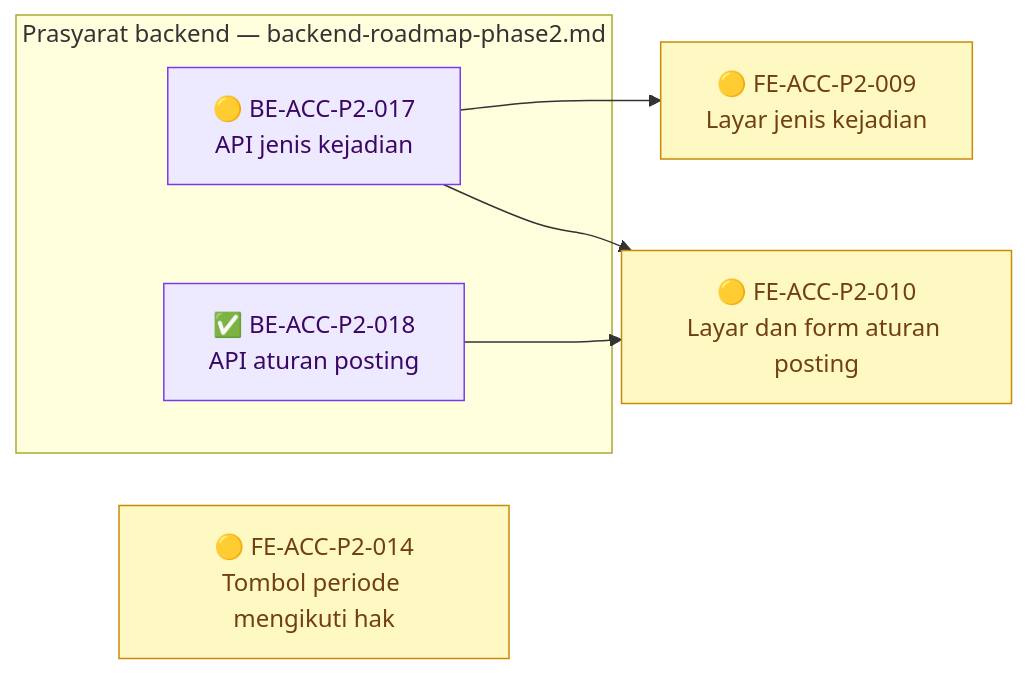
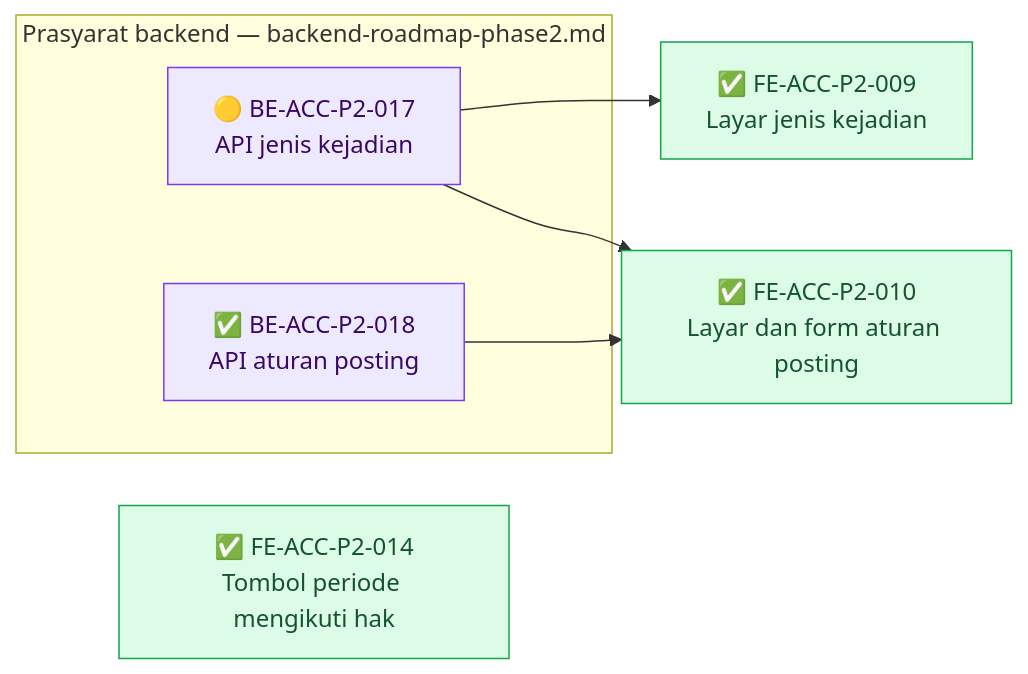
The fourth of 4 diagrams in docs/module-blueprints/accounting/roadmap/frontend-roadmap-phase2.md (DevBenari/NewQuilvianSystemBackend), drawn with Mermaid before and after one commit. The commit also changed other lines of this file and 8 other files, not shown here.

````diff
--- a/docs/module-blueprints/accounting/roadmap/frontend-roadmap-phase2.md
+++ b/docs/module-blueprints/accounting/roadmap/frontend-roadmap-phase2.md
@@ -135,21 +135,21 @@
 ```mermaid
 flowchart LR
     classDef selesai fill:#DCFCE7,stroke:#16A34A,color:#14532D
     classDef sebagian fill:#FEF9C3,stroke:#CA8A04,color:#713F12
     classDef terblokir fill:#FEE2E2,stroke:#DC2626,color:#7F1D1D
     classDef belum fill:#F1F5F9,stroke:#64748B,color:#0F172A
     classDef luar fill:#EDE9FE,stroke:#7C3AED,color:#3B0764
 
     subgraph backend3["Prasyarat backend — backend-roadmap-phase2.md"]
         BEACCP2017["🟡 BE-ACC-P2-017<br/>API jenis kejadian"]:::luar
         BEACCP2018["✅ BE-ACC-P2-018<br/>API aturan posting"]:::luar
     end
 
-    FEACCP2014["🟡 FE-ACC-P2-014<br/>Tombol periode mengikuti hak"]:::sebagian
-    FEACCP2009["🟡 FE-ACC-P2-009<br/>Layar jenis kejadian"]:::sebagian
-    FEACCP2010["🟡 FE-ACC-P2-010<br/>Layar dan form aturan posting"]:::sebagian
+    FEACCP2014["✅ FE-ACC-P2-014<br/>Tombol periode mengikuti hak"]:::selesai
+    FEACCP2009["✅ FE-ACC-P2-009<br/>Layar jenis kejadian"]:::selesai
+    FEACCP2010["✅ FE-ACC-P2-010<br/>Layar dan form aturan posting"]:::selesai
 
     BEACCP2017 --> FEACCP2009
     BEACCP2017 --> FEACCP2010
     BEACCP2018 --> FEACCP2010
 ```
````
